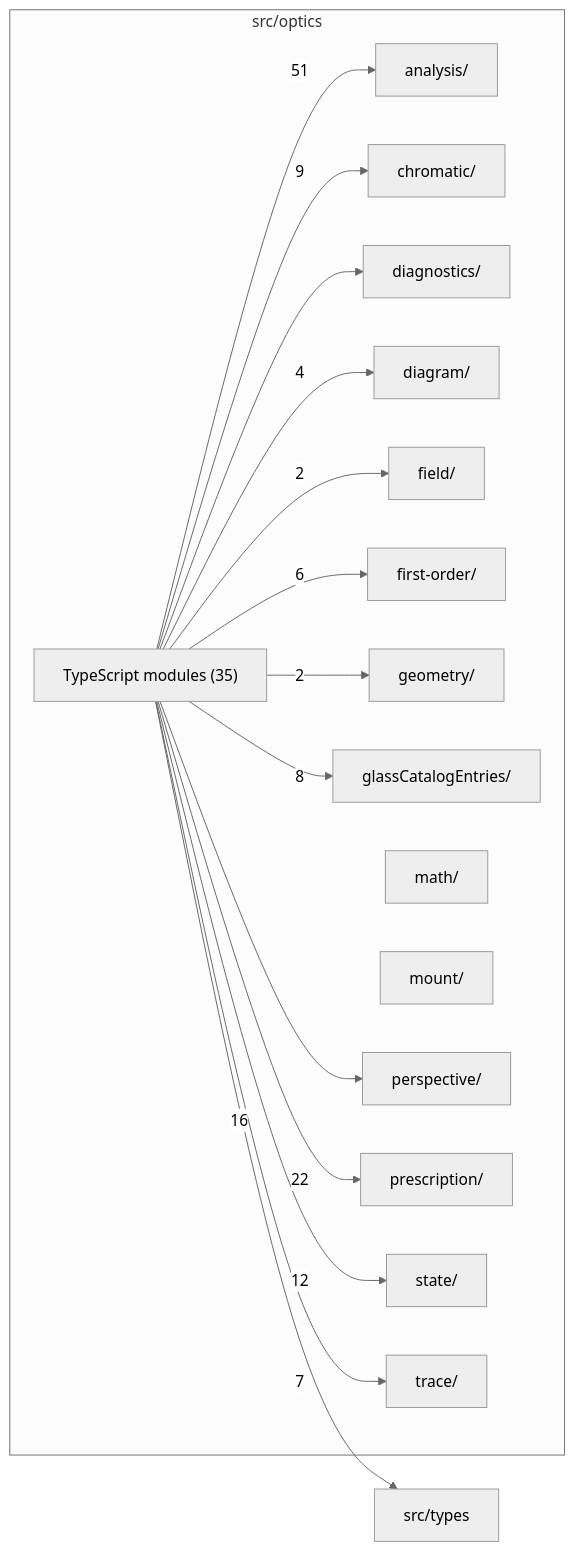
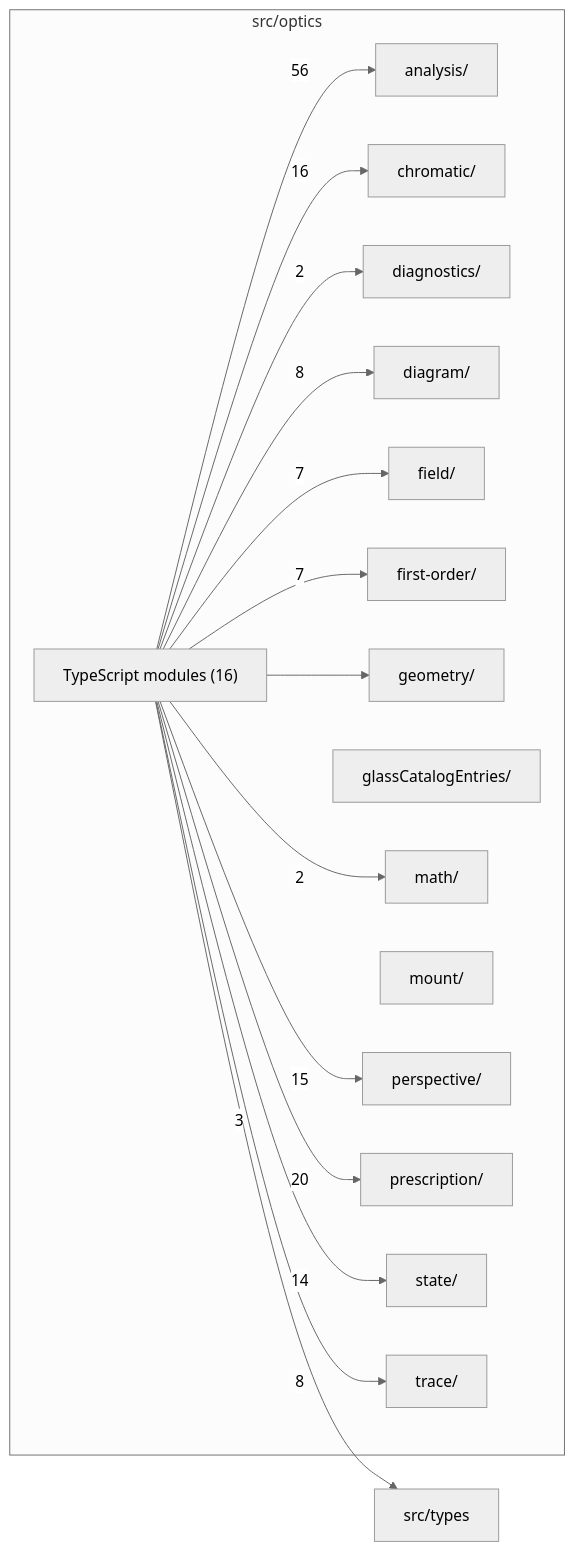
The diagram in src/optics/readme.md (ronbuening/LensVisualizer), drawn with Mermaid (neutral theme) before and after one commit. The commit also changed other lines of this file and 439 other files, not shown here.

````diff
--- a/src/optics/readme.md
+++ b/src/optics/readme.md
@@ -9,34 +9,34 @@
 ```mermaid
 flowchart LR
   subgraph n_src_optics["src/optics"]
     n_src_optics_src_optics_analysis["analysis/"]
     n_src_optics_src_optics_chromatic["chromatic/"]
     n_src_optics_src_optics_diagnostics["diagnostics/"]
     n_src_optics_src_optics_diagram["diagram/"]
     n_src_optics_src_optics_field["field/"]
     n_src_optics_src_optics_first_order["first-order/"]
     n_src_optics_src_optics_geometry["geometry/"]
     n_src_optics_src_optics_glassCatalogEntries["glassCatalogEntries/"]
     n_src_optics_src_optics_math["math/"]
     n_src_optics_src_optics_mount["mount/"]
     n_src_optics_src_optics_perspective["perspective/"]
     n_src_optics_src_optics_prescription["prescription/"]
     n_src_optics_src_optics_state["state/"]
     n_src_optics_src_optics_trace["trace/"]
-    n_src_optics_TypeScript_modules["TypeScript modules (35)"]
+    n_src_optics_TypeScript_modules["TypeScript modules (16)"]
   end
   n_external_src_types["src/types"]
-  n_src_optics_TypeScript_modules --> |51| n_src_optics_src_optics_analysis
-  n_src_optics_TypeScript_modules --> |22| n_src_optics_src_optics_prescription
-  n_src_optics_TypeScript_modules --> |16| n_external_src_types
-  n_src_optics_TypeScript_modules --> |12| n_src_optics_src_optics_state
-  n_src_optics_TypeScript_modules --> |9| n_src_optics_src_optics_chromatic
-  n_src_optics_TypeScript_modules --> |8| n_src_optics_src_optics_glassCatalogEntries
-  n_src_optics_TypeScript_modules --> |7| n_src_optics_src_optics_trace
-  n_src_optics_TypeScript_modules --> |6| n_src_optics_src_optics_first_order
-  n_src_optics_TypeScript_modules --> |4| n_src_optics_src_optics_diagram
-  n_src_optics_TypeScript_modules --> |2| n_src_optics_src_optics_field
-  n_src_optics_TypeScript_modules --> |2| n_src_optics_src_optics_geometry
-  n_src_optics_TypeScript_modules --> n_src_optics_src_optics_diagnostics
-  n_src_optics_TypeScript_modules --> n_src_optics_src_optics_perspective
+  n_src_optics_TypeScript_modules --> |56| n_src_optics_src_optics_analysis
+  n_src_optics_TypeScript_modules --> |20| n_src_optics_src_optics_prescription
+  n_src_optics_TypeScript_modules --> |16| n_src_optics_src_optics_chromatic
+  n_src_optics_TypeScript_modules --> |15| n_src_optics_src_optics_perspective
+  n_src_optics_TypeScript_modules --> |14| n_src_optics_src_optics_state
+  n_src_optics_TypeScript_modules --> |8| n_src_optics_src_optics_diagram
+  n_src_optics_TypeScript_modules --> |8| n_src_optics_src_optics_trace
+  n_src_optics_TypeScript_modules --> |7| n_src_optics_src_optics_field
+  n_src_optics_TypeScript_modules --> |7| n_src_optics_src_optics_first_order
+  n_src_optics_TypeScript_modules --> |3| n_external_src_types
+  n_src_optics_TypeScript_modules --> |2| n_src_optics_src_optics_diagnostics
+  n_src_optics_TypeScript_modules --> |2| n_src_optics_src_optics_math
+  n_src_optics_TypeScript_modules --> n_src_optics_src_optics_geometry
 ```
````
